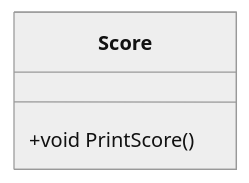
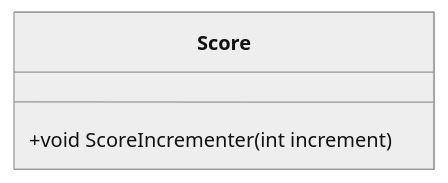
Before and after one commit to NexusWeave/MVP-FlappyBird-cs: the fourth of 9 diagrams in dokumentasjon/diagram/klasse-diagram.md, drawn with Mermaid (neutral theme). The commit also changed other lines of this file, not shown here.

Commit message:
Refactor klasse-diagram.md to update GameScreen and StateScreen methods, remove Background class, and streamline method signatures

````diff
--- a/dokumentasjon/diagram/klasse-diagram.md
+++ b/dokumentasjon/diagram/klasse-diagram.md
@@ -60,9 +46,8 @@
 ```mermaid
     classDiagram
         direction TD
 
         class Score {
-            +void PrintScore()
+            +void ScoreIncrementer(int increment)
         }
-
 ```
````
